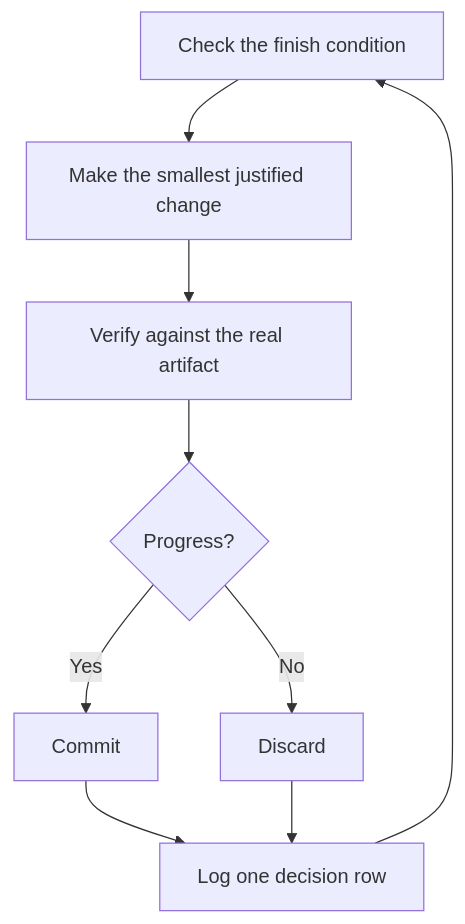
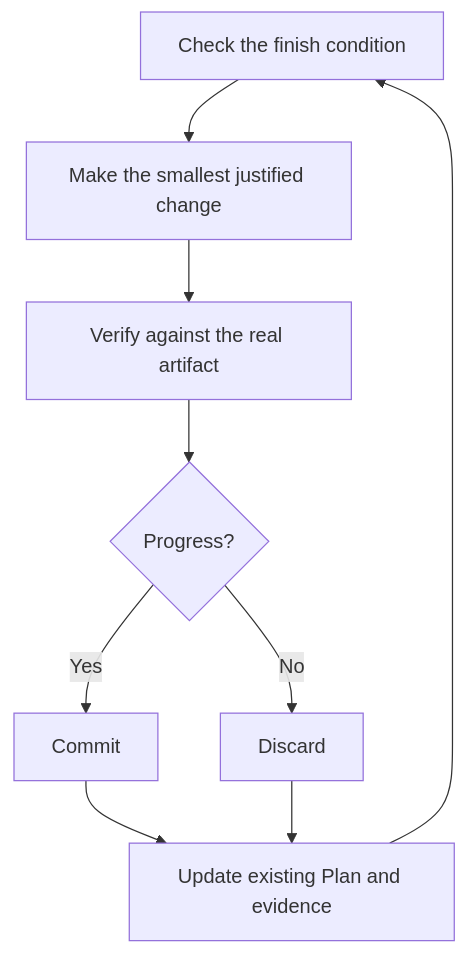
One commit to morewhyhan/Ignite changed the diagram in .ai/pstack/docs/guide/07-overnight.md. Above: the diagram before and after it, drawn with Mermaid. The commit also changed other lines of this file and 287 other files, not shown here.

````diff
--- a/.ai/pstack/docs/guide/07-overnight.md
+++ b/.ai/pstack/docs/guide/07-overnight.md
@@ -47,11 +47,11 @@
 ```mermaid
 flowchart TD
     A[Check the finish condition] --> B[Make the smallest justified change]
     B --> C[Verify against the real artifact]
     C --> D{Progress?}
     D -->|Yes| E[Commit]
     D -->|No| F[Discard]
-    E --> G[Log one decision row]
+    E --> G[Update existing Plan and evidence]
     F --> G
     G --> A
 ```
````
